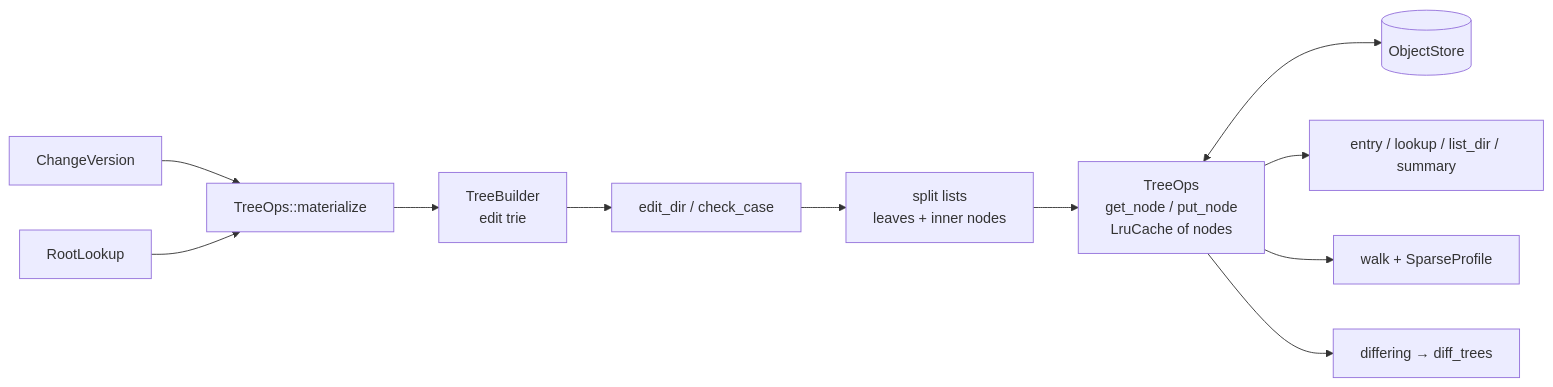
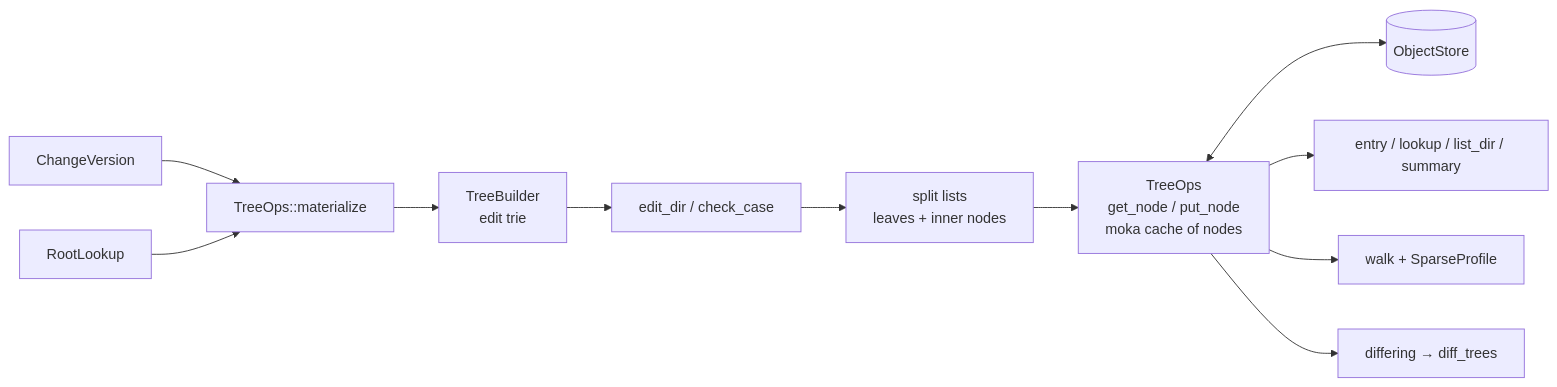
The diagram in architecture/03-core-algorithms/trees.md (envoy1084/rill), drawn with Mermaid before and after one commit. The commit also changed other lines of this file and 8 other files, not shown here.

````diff
--- a/architecture/03-core-algorithms/trees.md
+++ b/architecture/03-core-algorithms/trees.md
@@ -15,13 +15,13 @@
 ```mermaid
 flowchart LR
     CV[ChangeVersion] --> M[TreeOps::materialize]
     RL[RootLookup] --> M
     M --> TB[TreeBuilder<br/>edit trie]
     TB --> ED[edit_dir / check_case]
     ED --> SH[split lists<br/>leaves + inner nodes]
-    SH --> OPS[TreeOps<br/>get_node / put_node<br/>LruCache of nodes]
+    SH --> OPS[TreeOps<br/>get_node / put_node<br/>moka cache of nodes]
     OPS <--> OS[(ObjectStore)]
     OPS --> LK[entry / lookup / list_dir / summary]
     OPS --> WK[walk + SparseProfile]
     OPS --> DF[differing → diff_trees]
 ```
````
